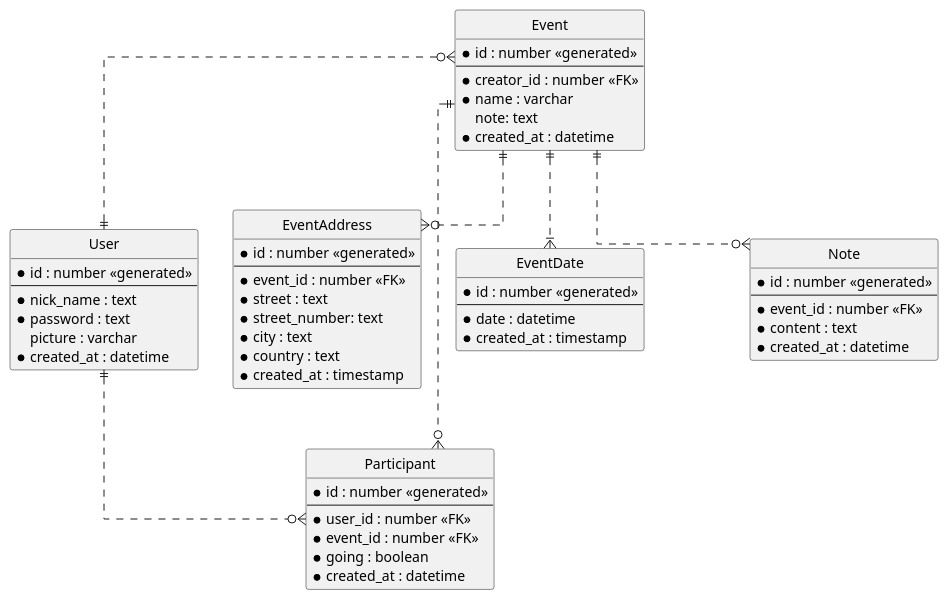
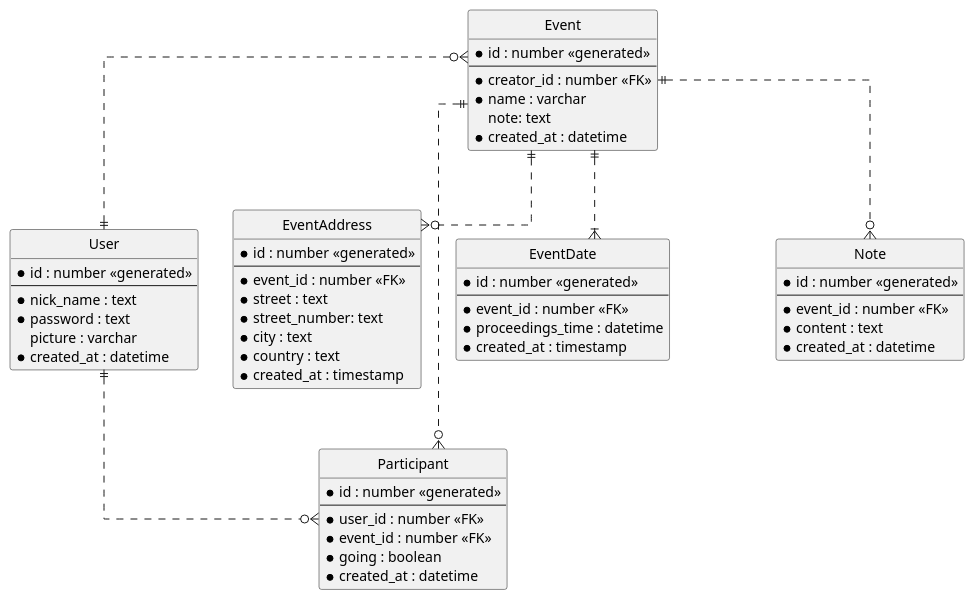
One commit to samuelgocnik/M33tings changed the diagram in diagrams/erd.plantuml. Above: the diagram before and after it, drawn with PlantUML. The commit also changed 1 other file, not shown here.

```diff
--- a/diagrams/erd.plantuml
+++ b/diagrams/erd.plantuml
@@ -1,89 +1,90 @@
 @startuml M33tings
 ' hide the spot
 hide circle
 
 ' avoid problems with angled crows feet
 skinparam linetype ortho
 
 /' can sort user's friends by active status '/
 
 entity User {
     * id : number <<generated>>
     --
     * nick_name : text
     * password : text
     picture : varchar
     * created_at : datetime
 }
 
 entity Event {
     * id : number <<generated>>
     --
     * creator_id : number <<FK>>
     * name : varchar
       note: text
     * created_at : datetime
 }
 
 entity EventAddress {
     * id : number <<generated>>
     --
-    *event_id : number <<FK>>
-    *street : text
-    *street_number: text
-    *city : text
-    *country : text
-    *created_at : timestamp
+    * event_id : number <<FK>>
+    * street : text
+    * street_number: text
+    * city : text
+    * country : text
+    * created_at : timestamp
 }
 
 entity EventDate {
     * id : number <<generated>>
     --
-    * date : datetime
+    * event_id : number <<FK>>
+    * proceedings_time : datetime
     * created_at : timestamp
 }
 
 entity Participant {
     * id : number <<generated>>
     --
     * user_id : number <<FK>>
     * event_id : number <<FK>>
     * going : boolean
     * created_at : datetime
 }
 
 ' entity Gallery {
 '     * id : number <<generated>>
 '     --
 '     * event_id : number <<FK>>
 ' }
 
 ' entity Photo {
 '     * id : number <<generated>>
 '     --
 '     * uploader_id : number <<FK>>
 '     * gallery_id : number <<FK>>
 '     * path : text
 '     * created_at : datetime 
 ' }
 
 entity Note {
     * id : number <<generated>>
     --
     * event_id : number <<FK>>
     * content : text
     * created_at : datetime
 }
 
 
 Event }o..|| User
 ' Event ||..|| Gallery
 ' Gallery ||..o{ Photo
 ' Photo }o..|| User
 Event ||..o{ Note
 Event ||..|{ EventDate
 Event ||..o{ EventAddress
 Event ||..o{ Participant
 User ||..o{ Participant
 
 @enduml
```
